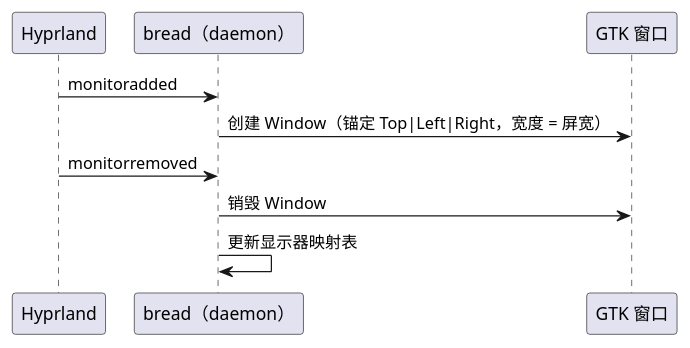
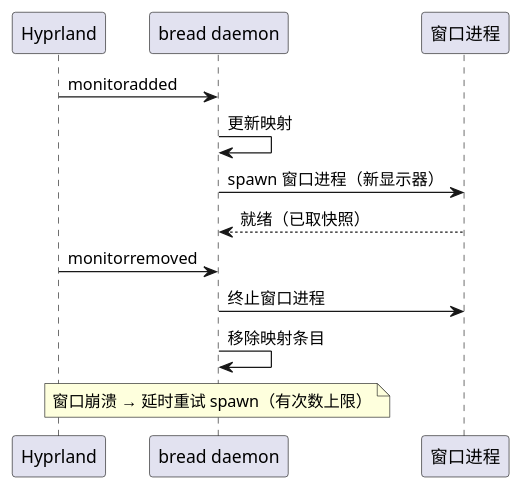
One commit to 54m43lJ/BreadKnife changed the diagram in diagram/breadknife-monitor-hotplug.puml. Above: the diagram before and after it, drawn with PlantUML. The commit also changed 10 other files, not shown here.

Commit message:
docs(breadknife): 架构落档——daemon/窗口拆分（ARCH 重写 + 五图重绘）

```diff
--- a/diagram/breadknife-monitor-hotplug.puml
+++ b/diagram/breadknife-monitor-hotplug.puml
@@ -1,11 +1,14 @@
 @startuml breadknife-monitor-hotplug
 participant Hyprland
-participant "bread（daemon）" as daemon
-participant "GTK 窗口" as win
+participant "bread daemon" as daemon
+participant "窗口进程" as win
 
 Hyprland -> daemon: monitoradded
-daemon -> win: 创建 Window（锚定 Top|Left|Right，宽度 = 屏宽）
+daemon -> daemon: 更新映射
+daemon -> win: spawn 窗口进程（新显示器）
+win --> daemon: 就绪（已取快照）
 Hyprland -> daemon: monitorremoved
-daemon -> win: 销毁 Window
-daemon -> daemon: 更新显示器映射表
+daemon -> win: 终止窗口进程
+daemon -> daemon: 移除映射条目
+note over daemon: 窗口崩溃 → 延时重试 spawn（有次数上限）
 @enduml
```
